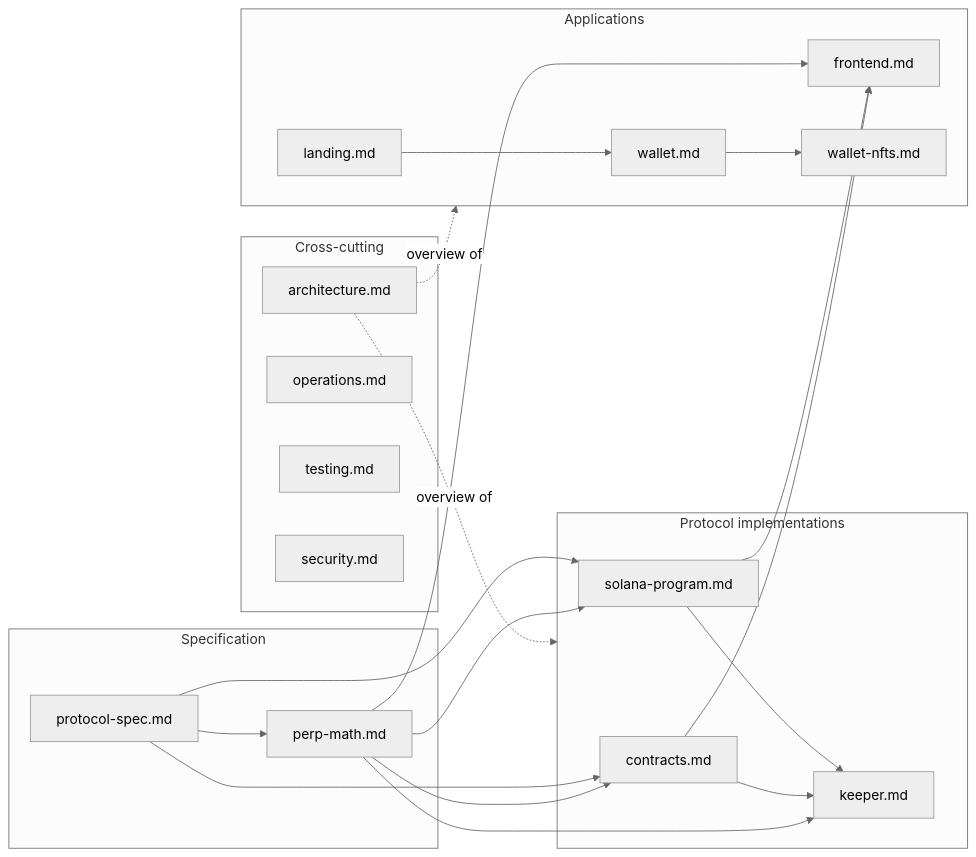
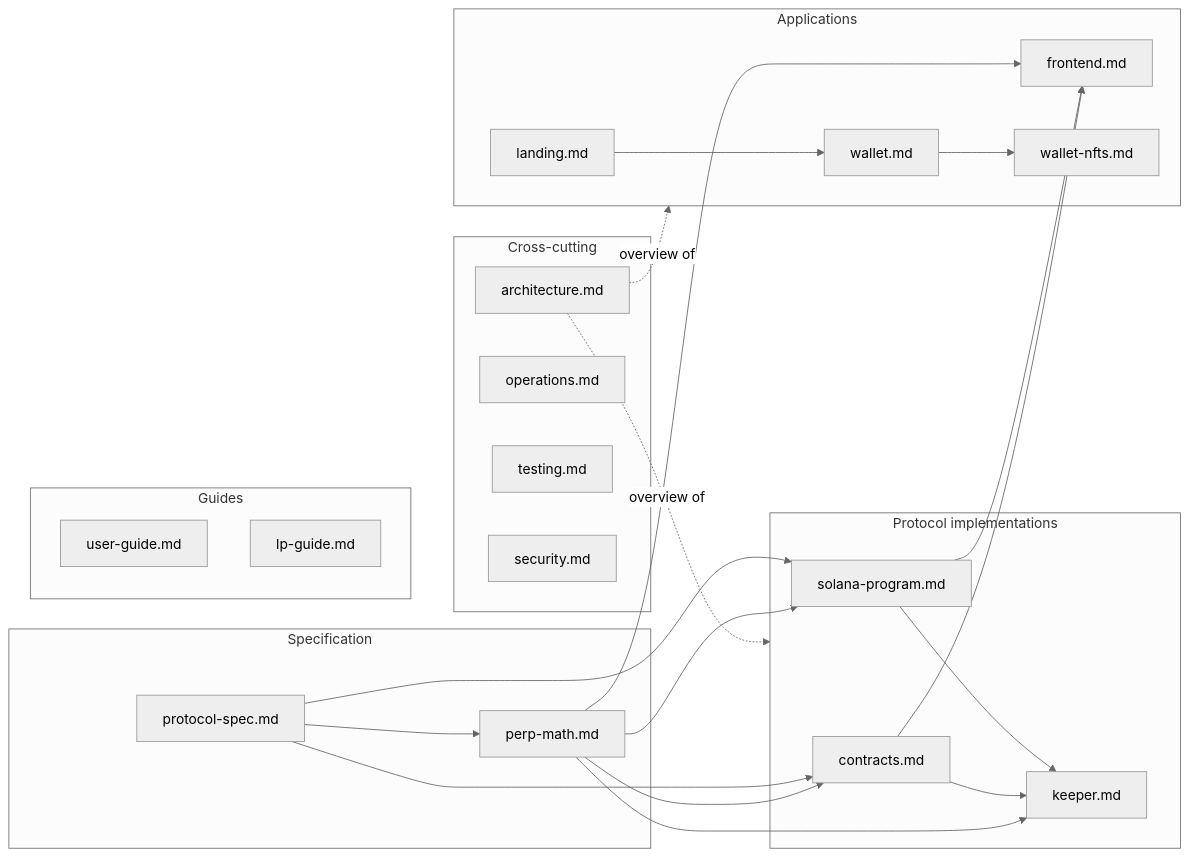
The diagram in docs/README.md (DevanshBehl/DEX), drawn with Mermaid (neutral theme) before and after one commit. The commit also changed other lines of this file and 41 other files, not shown here.

````diff
--- a/docs/README.md
+++ b/docs/README.md
@@ -26,32 +27,36 @@
 ```mermaid
 flowchart LR
     subgraph Spec["Specification"]
         PS[protocol-spec.md]
         PM[perp-math.md]
     end
     subgraph Impl["Protocol implementations"]
         C[contracts.md]
         S[solana-program.md]
         K[keeper.md]
     end
     subgraph Apps["Applications"]
         F[frontend.md]
         W[wallet.md]
         N[wallet-nfts.md]
         L[landing.md]
     end
+    subgraph Guides["Guides"]
+        UG[user-guide.md]
+        LG[lp-guide.md]
+    end
     subgraph Ops["Cross-cutting"]
         A[architecture.md]
         O[operations.md]
         T[testing.md]
         SEC[security.md]
     end
     PS --> PM
     PM --> C & S & K & F
     PS --> C & S
     C & S --> K
     C & S --> F
     L --> W
     W --> N
     A -.overview of.-> Impl & Apps
 ```
````
